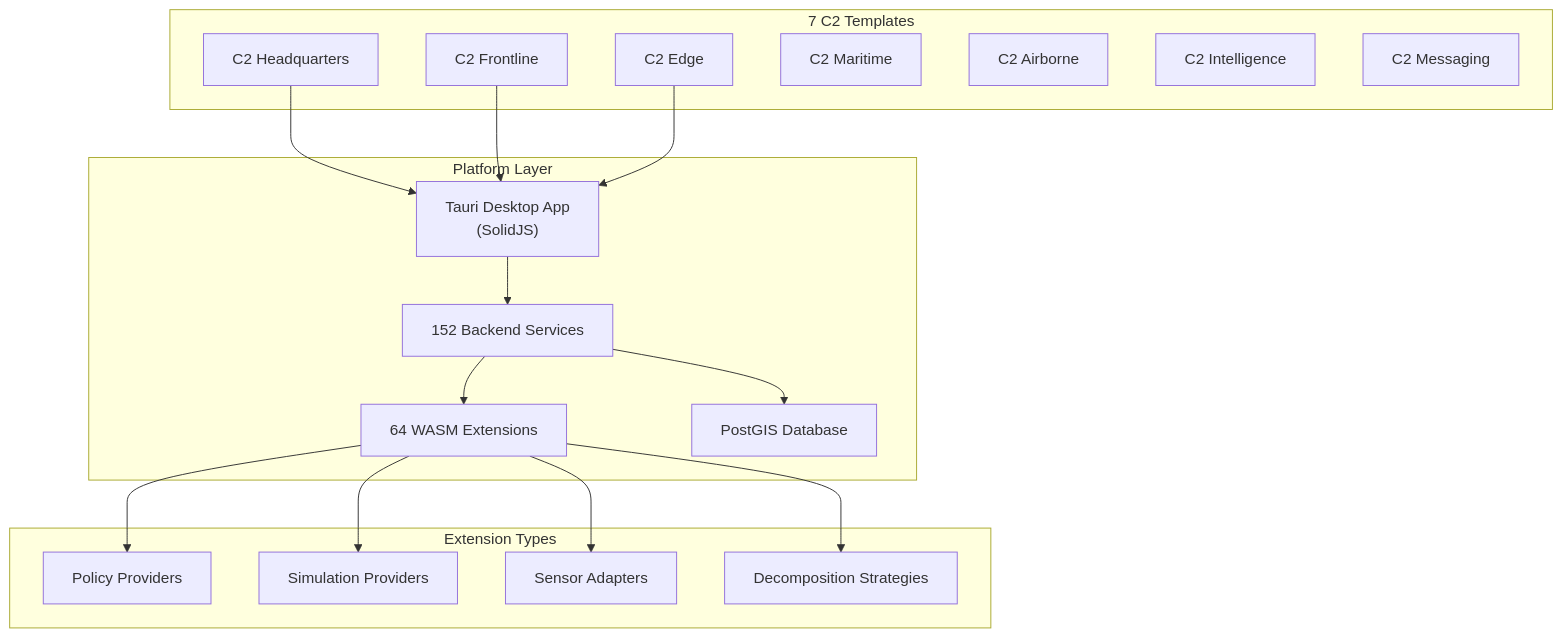
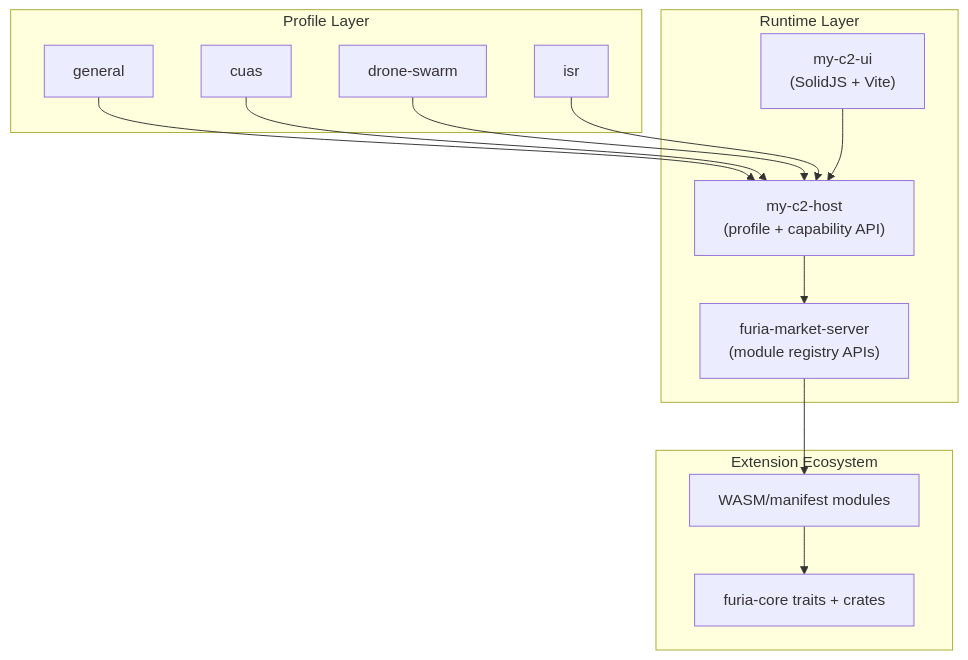
The diagram in docs/index.md (durandal-robotics/furia-docs), drawn with Mermaid before and after one commit. The commit also changed other lines of this file and 13 other files, not shown here.

````diff
--- a/docs/index.md
+++ b/docs/index.md
@@ -51,34 +58,26 @@
 ```mermaid
 graph TB
-    subgraph "7 C2 Templates"
-        HQ["C2 Headquarters"]
-        FL["C2 Frontline"]
-        ED["C2 Edge"]
-        MA["C2 Maritime"]
-        AB["C2 Airborne"]
-        IN["C2 Intelligence"]
-        MS["C2 Messaging"]
+    subgraph "Profile Layer"
+        GP["general"]
+        CU["cuas"]
+        SW["drone-swarm"]
+        ISR["isr"]
     end
-    subgraph "Platform Layer"
-        UI["Tauri Desktop App<br/>(SolidJS)"]
-        SVC["152 Backend Services"]
-        EXT["64 WASM Extensions"]
-        DB["PostGIS Database"]
+    subgraph "Runtime Layer"
+        UI["my-c2-ui<br/>(SolidJS + Vite)"]
+        HOST["my-c2-host<br/>(profile + capability API)"]
+        MARKET["furia-market-server<br/>(module registry APIs)"]
     end
-    subgraph "Extension Types"
-        PL["Policy Providers"]
-        SI["Simulation Providers"]
-        SE["Sensor Adapters"]
-        DC["Decomposition Strategies"]
+    subgraph "Extension Ecosystem"
+        CORE["furia-core traits + crates"]
+        MOD["WASM/manifest modules"]
     end
-    HQ --> UI
-    FL --> UI
-    ED --> UI
-    UI --> SVC
-    SVC --> DB
-    SVC --> EXT
-    EXT --> PL
-    EXT --> SI
-    EXT --> SE
-    EXT --> DC
+    GP --> HOST
+    CU --> HOST
+    SW --> HOST
+    ISR --> HOST
+    UI --> HOST
+    HOST --> MARKET
+    MARKET --> MOD
+    MOD --> CORE
 ```
````
